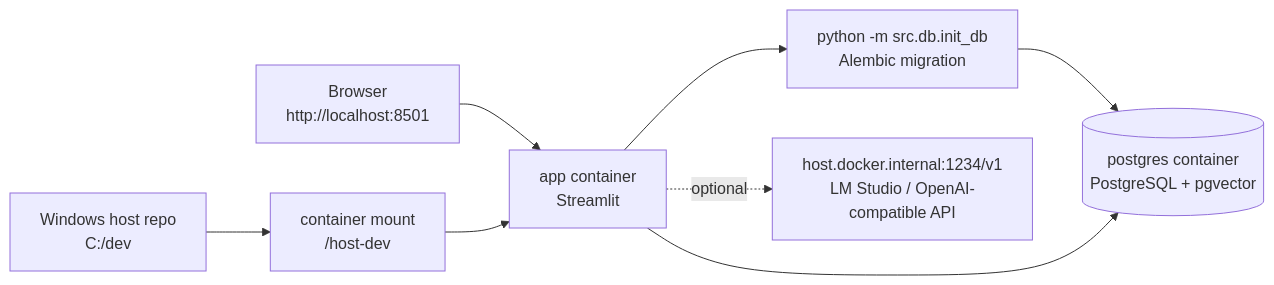
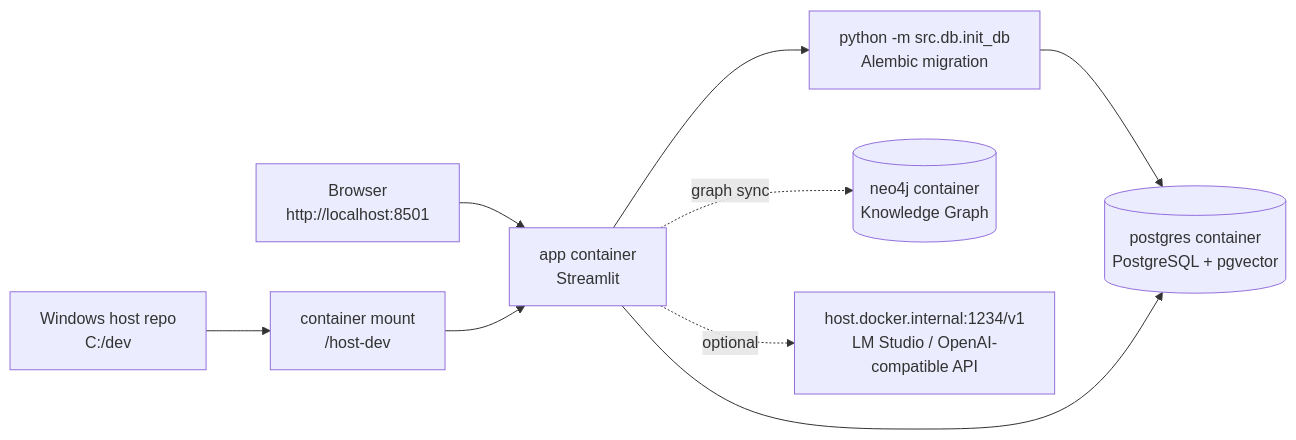
Before and after one commit to ino5/ai-commit-advisor-26: the ninth of 10 diagrams in docs/architecture.md, drawn with Mermaid. The commit also changed other lines of this file and 24 other files, not shown here.

Commit message:
Add Neo4j knowledge graph foundation

````diff
--- a/docs/architecture.md
+++ b/docs/architecture.md
@@ -847,10 +864,11 @@
 ```mermaid
 flowchart LR
     Browser["Browser<br/>http://localhost:8501"] --> App["app container<br/>Streamlit"]
     App --> Init["python -m src.db.init_db<br/>Alembic migration"]
     Init --> DB[(postgres container<br/>PostgreSQL + pgvector)]
     App --> DB
+    App -. graph sync .-> Neo4j[(neo4j container<br/>Knowledge Graph)]
     HostRepo["Windows host repo<br/>C:/dev"] --> Mount["container mount<br/>/host-dev"]
     Mount --> App
     App -. optional .-> HostLLM["host.docker.internal:1234/v1<br/>LM Studio / OpenAI-compatible API"]
 ```
````
